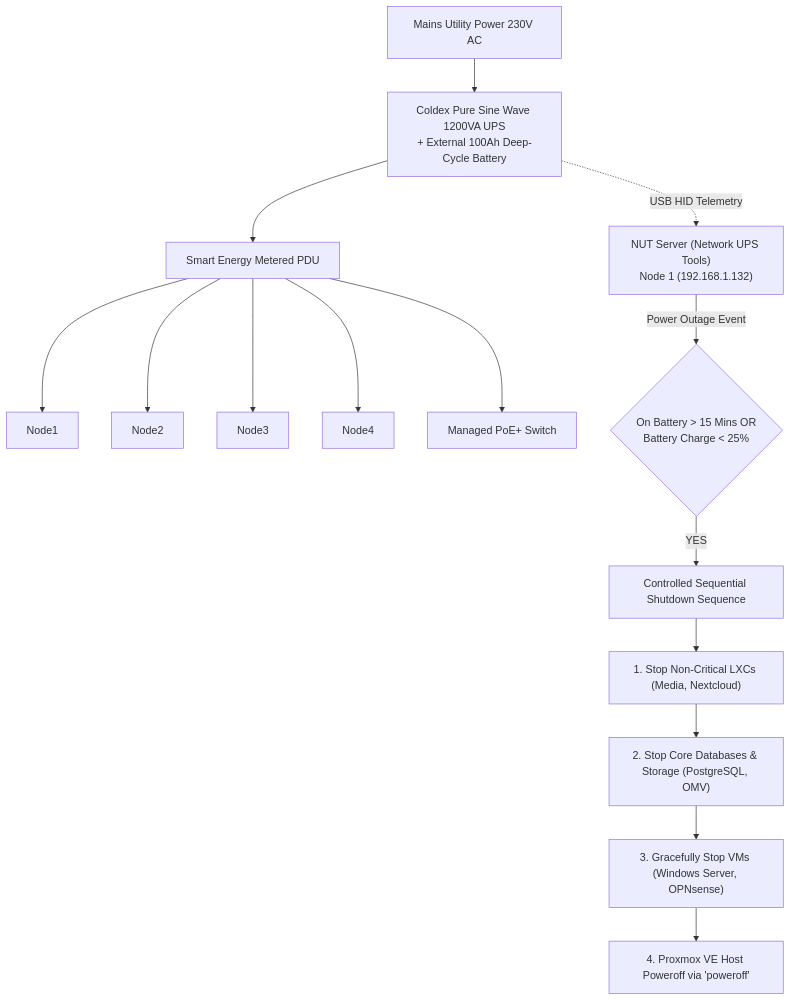
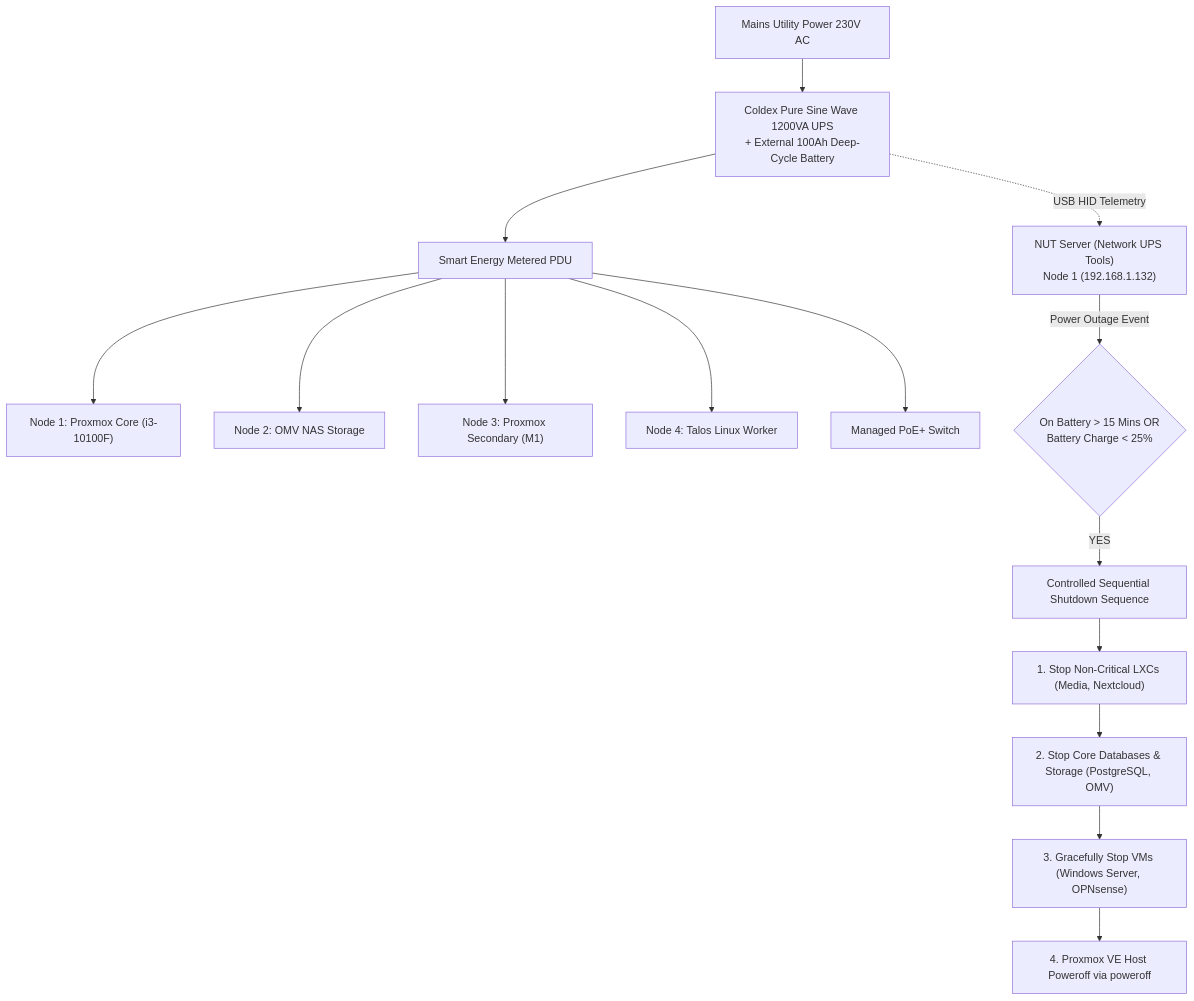
One commit to stefanutc1/datacenter changed the fifth of 13 diagrams in README.md. Above: the diagram before and after it, drawn with Mermaid. The commit also changed other lines of this file and 6 other files, not shown here.

First line of the commit message:
fix(docs): repair broken Mermaid diagram syntax across markdown files

````diff
--- a/README.md
+++ b/README.md
@@ -256,15 +256,19 @@
 ```mermaid
 flowchart TD
- Mains["Mains Utility Power 230V AC"] --> UPS["Coldex Pure Sine Wave 1200VA UPS<br/>+ External 100Ah Deep-Cycle Battery"]
- UPS --> PDU["Smart Energy Metered PDU"]
- PDU --> Node1 & Node2 & Node3 & Node4 & Switch["Managed PoE+ Switch"]
+    Mains["Mains Utility Power 230V AC"] --> UPS["Coldex Pure Sine Wave 1200VA UPS<br/>+ External 100Ah Deep-Cycle Battery"]
+    UPS --> PDU["Smart Energy Metered PDU"]
+    PDU --> Node1["Node 1: Proxmox Core (i3-10100F)"]
+    PDU --> Node2["Node 2: OMV NAS Storage"]
+    PDU --> Node3["Node 3: Proxmox Secondary (M1)"]
+    PDU --> Node4["Node 4: Talos Linux Worker"]
+    PDU --> Switch["Managed PoE+ Switch"]
 
- UPS -.->|"USB HID Telemetry"| NUT_Master["NUT Server (Network UPS Tools)<br/>Node 1 (192.168.1.132)"]
- NUT_Master -->|"Power Outage Event"| Timer{"On Battery > 15 Mins OR<br/>Battery Charge < 25%"}
- 
- Timer -->|"YES"| Graceful_Shutdown["Controlled Sequential Shutdown Sequence"]
- Graceful_Shutdown --> S1["1. Stop Non-Critical LXCs (Media, Nextcloud)"]
- S1 --> S2["2. Stop Core Databases & Storage (PostgreSQL, OMV)"]
- S2 --> S3["3. Gracefully Stop VMs (Windows Server, OPNsense)"]
- S3 --> S4["4. Proxmox VE Host Poweroff via 'poweroff'"]
+    UPS -.->|"USB HID Telemetry"| NUT_Master["NUT Server (Network UPS Tools)<br/>Node 1 (192.168.1.132)"]
+    NUT_Master -->|"Power Outage Event"| Timer{"On Battery &gt; 15 Mins OR<br/>Battery Charge &lt; 25%"}
+    
+    Timer -->|"YES"| Graceful_Shutdown["Controlled Sequential Shutdown Sequence"]
+    Graceful_Shutdown --> S1["1. Stop Non-Critical LXCs (Media, Nextcloud)"]
+    S1 --> S2["2. Stop Core Databases & Storage (PostgreSQL, OMV)"]
+    S2 --> S3["3. Gracefully Stop VMs (Windows Server, OPNsense)"]
+    S3 --> S4["4. Proxmox VE Host Poweroff via poweroff"]
 ```
````
